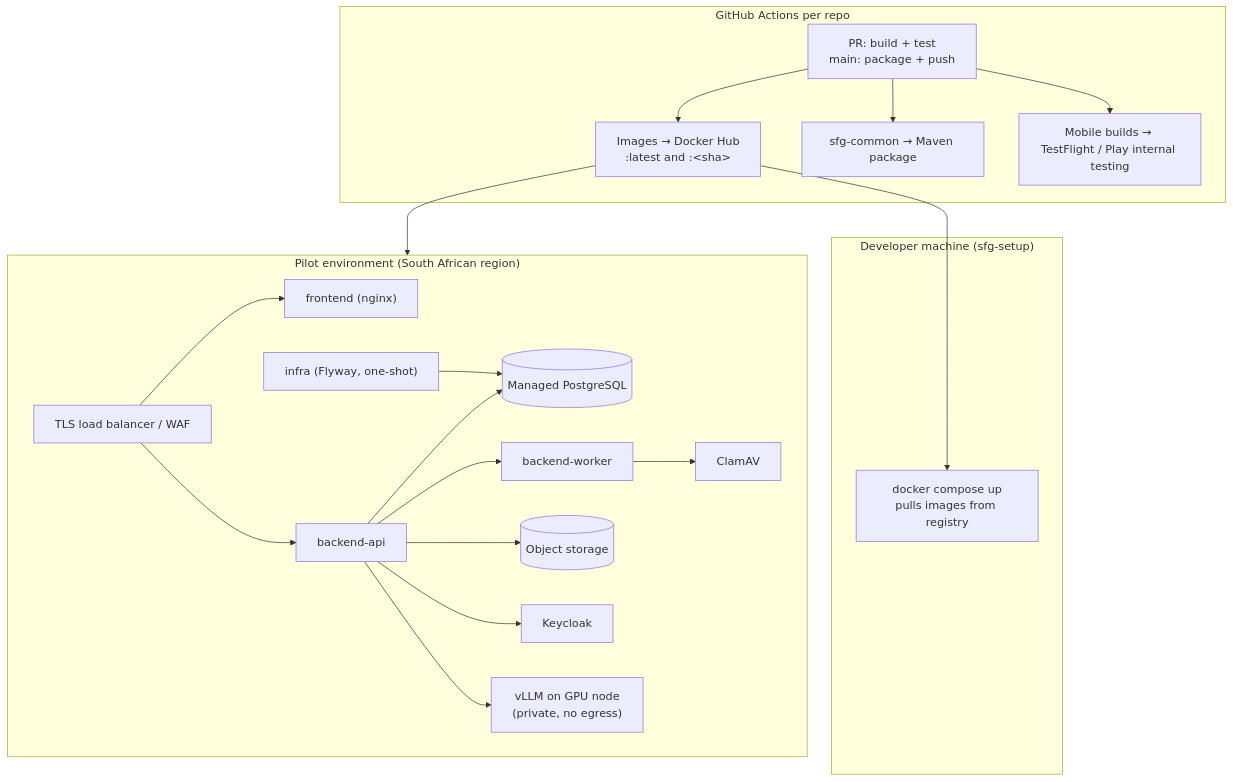
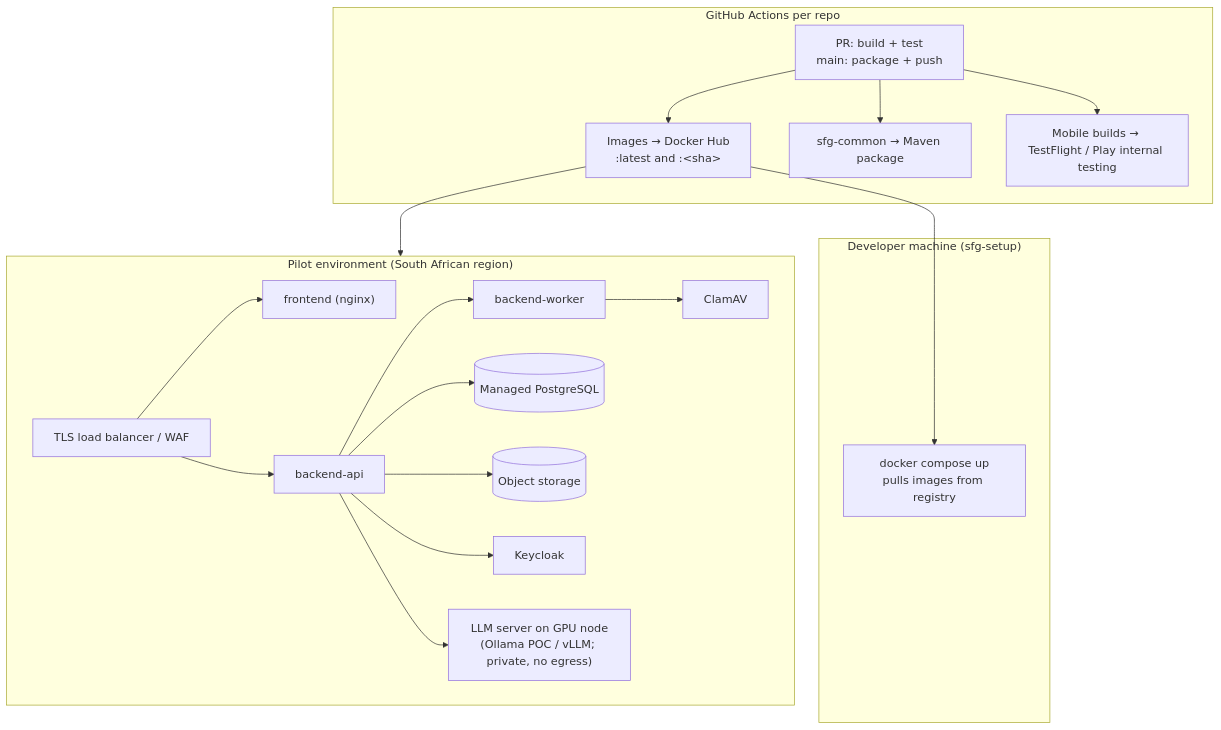
Before and after one commit to sdebie/sfg-parent: the sixth of 6 diagrams in docs/high-level-design.md, drawn with Mermaid. The commit also changed other lines of this file, not shown here.

First line of the commit message:
HLD: Ollama for the AI POC, swappable by config; backend runs sfg-infra migrations at startup

````diff
--- a/docs/high-level-design.md
+++ b/docs/high-level-design.md
@@ -552,24 +564,23 @@
 ```mermaid
 flowchart TB
   subgraph Dev["Developer machine (sfg-setup)"]
     DC["docker compose up<br/>pulls images from registry"]
   end
   subgraph CI["GitHub Actions per repo"]
     B["PR: build + test<br/>main: package + push"] --> IMG["Images → Docker Hub<br/>:latest and :&lt;sha&gt;"]
     B --> MVN["sfg-common → Maven package"]
     B --> APP["Mobile builds → TestFlight / Play internal testing"]
   end
   subgraph Pilot["Pilot environment (South African region)"]
     LB["TLS load balancer / WAF"] --> FE["frontend (nginx)"]
-    MG["infra (Flyway, one-shot)"] --> PG
     LB --> BE["backend-api"]
     BE --> WK["backend-worker"]
     BE --> PG[("Managed PostgreSQL")]
     BE --> S3[("Object storage")]
     BE --> KC["Keycloak"]
     WK --> CL["ClamAV"]
-    BE --> AI["vLLM on GPU node<br/>(private, no egress)"]
+    BE --> AI["LLM server on GPU node<br/>(Ollama POC / vLLM; private, no egress)"]
   end
   IMG --> DC
   IMG --> Pilot
 ```
````
